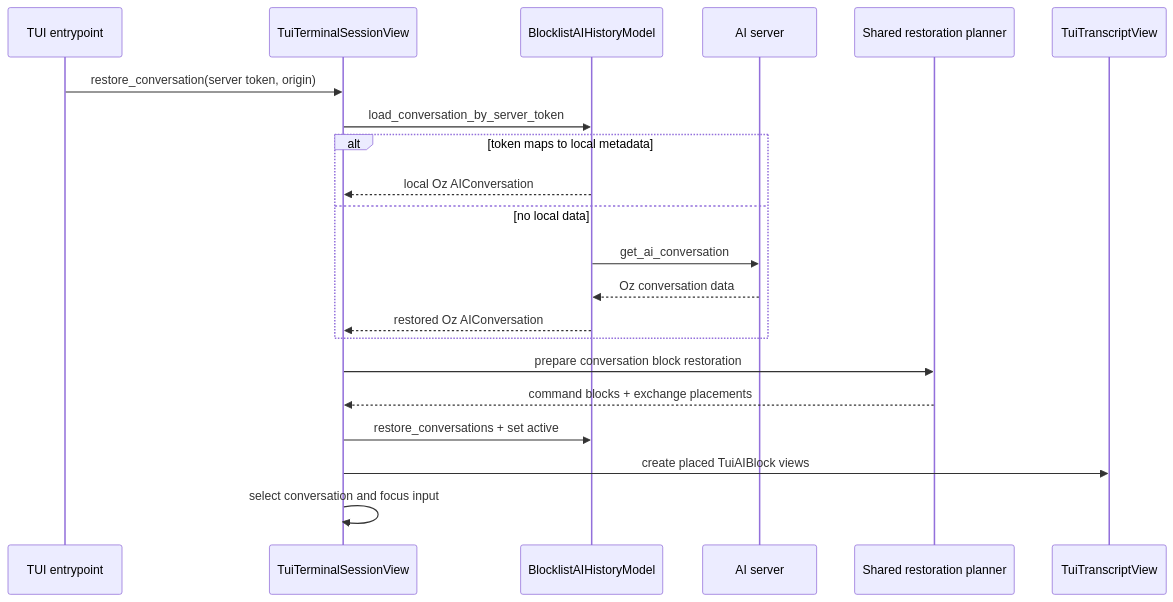
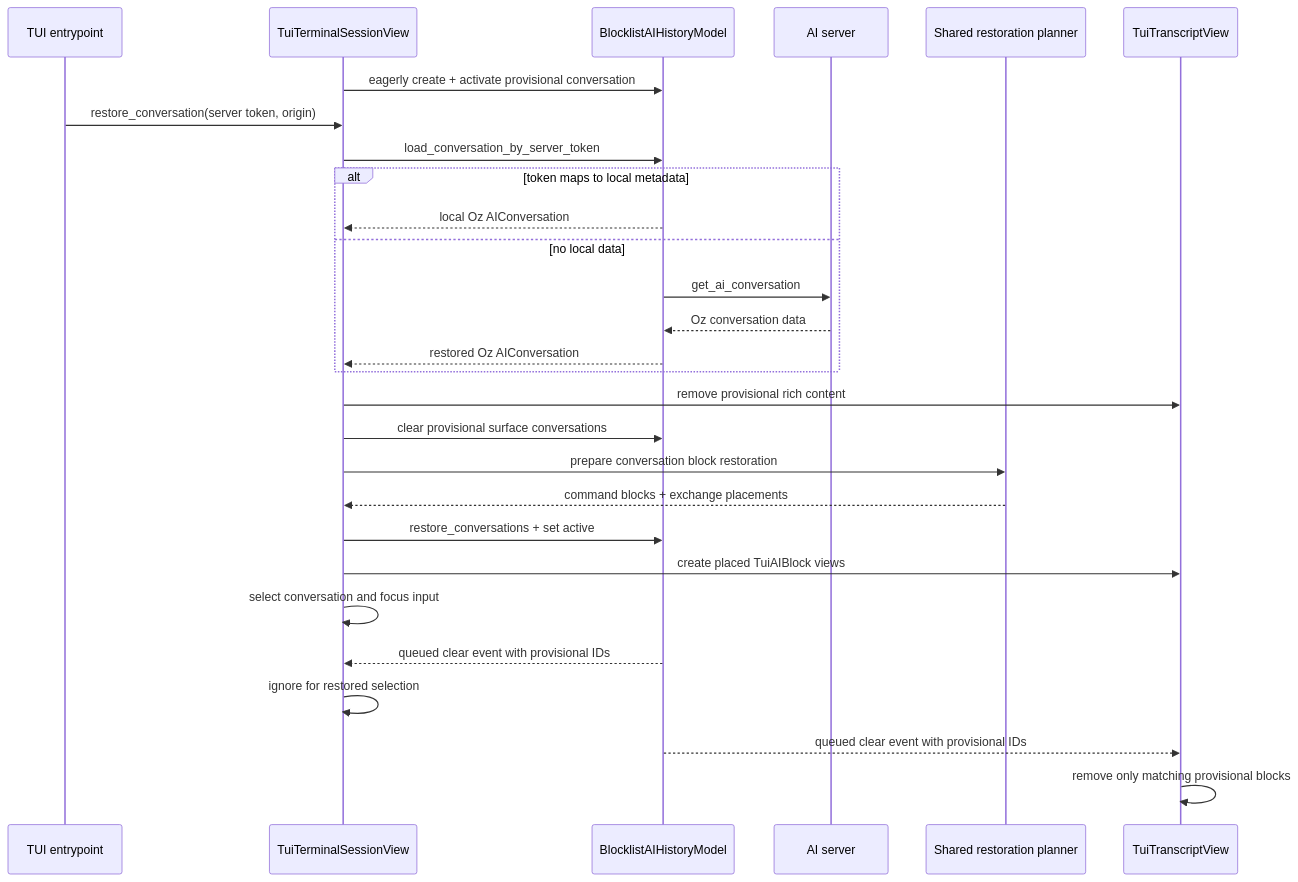
One commit to warpdotdev/warp changed the diagram in specs/CODE-1820/TECH.md. Above: the diagram before and after it, drawn with Mermaid. The commit also changed other lines of this file and 1 other file, not shown here.

````diff
--- a/specs/CODE-1820/TECH.md
+++ b/specs/CODE-1820/TECH.md
@@ -26,24 +31,31 @@
 ```mermaid
 sequenceDiagram
   participant CLI as TUI entrypoint
   participant Surface as TuiTerminalSessionView
   participant History as BlocklistAIHistoryModel
   participant Server as AI server
   participant Plan as Shared restoration planner
   participant Transcript as TuiTranscriptView
+  Surface->>History: eagerly create + activate provisional conversation
 
   CLI->>Surface: restore_conversation(server token, origin)
   Surface->>History: load_conversation_by_server_token
   alt token maps to local metadata
     History-->>Surface: local Oz AIConversation
   else no local data
     History->>Server: get_ai_conversation
     Server-->>History: Oz conversation data
     History-->>Surface: restored Oz AIConversation
   end
+  Surface->>Transcript: remove provisional rich content
+  Surface->>History: clear provisional surface conversations
   Surface->>Plan: prepare conversation block restoration
   Plan-->>Surface: command blocks + exchange placements
   Surface->>History: restore_conversations + set active
   Surface->>Transcript: create placed TuiAIBlock views
   Surface->>Surface: select conversation and focus input
+  History-->>Surface: queued clear event with provisional IDs
+  Surface->>Surface: ignore for restored selection
+  History-->>Transcript: queued clear event with provisional IDs
+  Transcript->>Transcript: remove only matching provisional blocks
 ```
````
